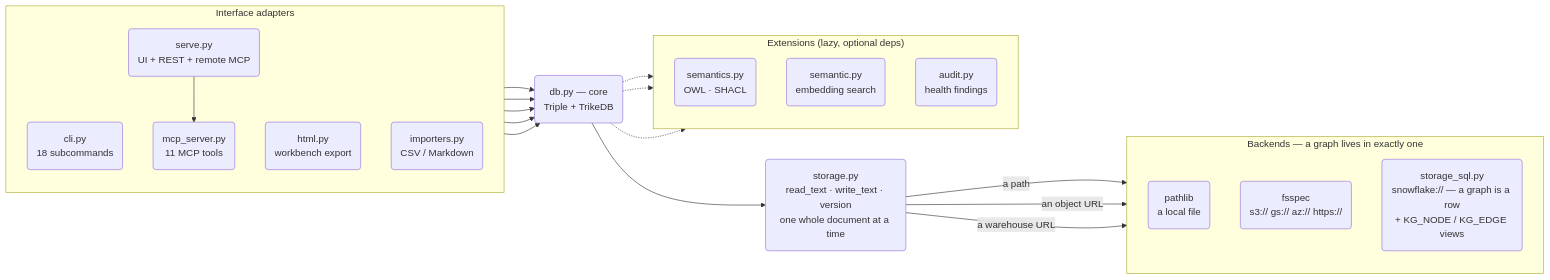
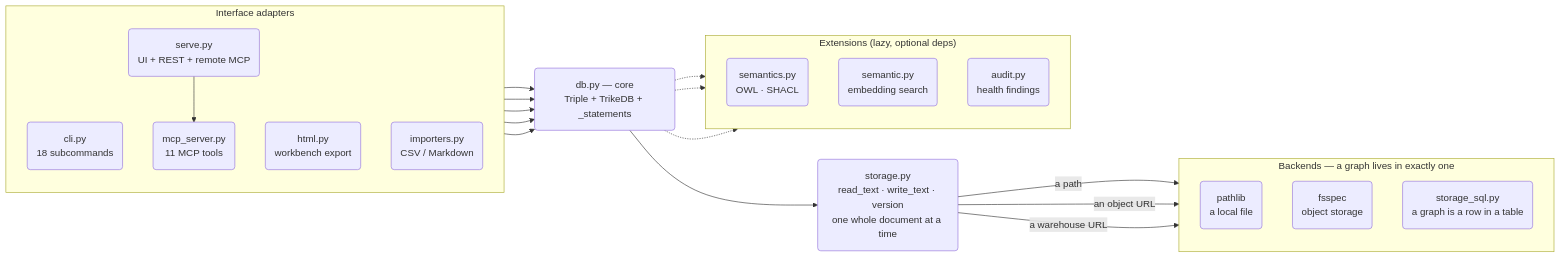
Before and after one commit to RyutoYoda/trikedb: the diagram in docs/ARCHITECTURE.md, drawn with Mermaid. The commit also changed other lines of this file and 5 other files, not shown here.

````diff
--- a/docs/ARCHITECTURE.md
+++ b/docs/ARCHITECTURE.md
@@ -6,43 +111,43 @@
 ```mermaid
 flowchart LR
     subgraph adapters["Interface adapters"]
         direction TB
         CLI("cli.py<br/>18 subcommands")
         MCP("mcp_server.py<br/>11 MCP tools")
         SERVE("serve.py<br/>UI + REST + remote MCP")
         HTML("html.py<br/>workbench export")
         IMP("importers.py<br/>CSV / Markdown")
     end
 
-    CORE("db.py — core<br/>Triple + TrikeDB")
+    CORE("db.py — core<br/>Triple + TrikeDB + _statements")
 
     subgraph ext["Extensions (lazy, optional deps)"]
         direction TB
         SEM("semantics.py<br/>OWL · SHACL")
         EMB("semantic.py<br/>embedding search")
         AUD("audit.py<br/>health findings")
     end
 
     STORE("storage.py<br/>read_text · write_text · version<br/>one whole document at a time")
 
     subgraph backends["Backends — a graph lives in exactly one"]
         direction TB
         LOCAL("pathlib<br/>a local file")
-        FS("fsspec<br/>s3:// gs:// az:// https://")
-        SQL("storage_sql.py<br/>snowflake:// — a graph is a row<br/>+ KG_NODE / KG_EDGE views")
+        FS("fsspec<br/>object storage")
+        SQL("storage_sql.py<br/>a graph is a row in a table")
     end
 
     SERVE --> MCP
     CLI --> CORE
     MCP --> CORE
     SERVE --> CORE
     HTML --> CORE
     IMP --> CORE
     CORE --> STORE
     STORE -->|"a path"| LOCAL
     STORE -->|"an object URL"| FS
     STORE -->|"a warehouse URL"| SQL
     CORE -.-> SEM
     CORE -.-> EMB
     CORE -.-> AUD
 ```
````
